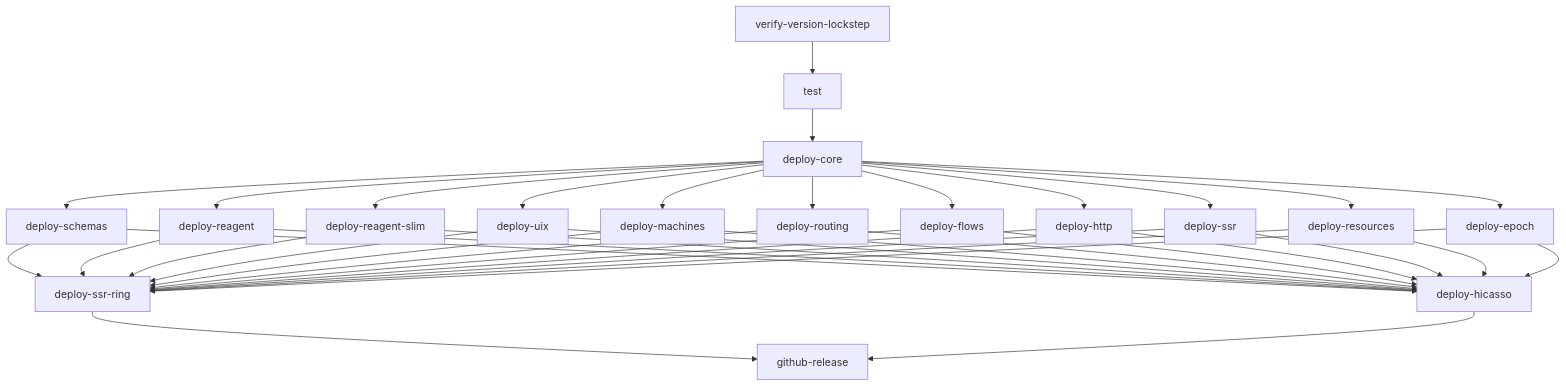
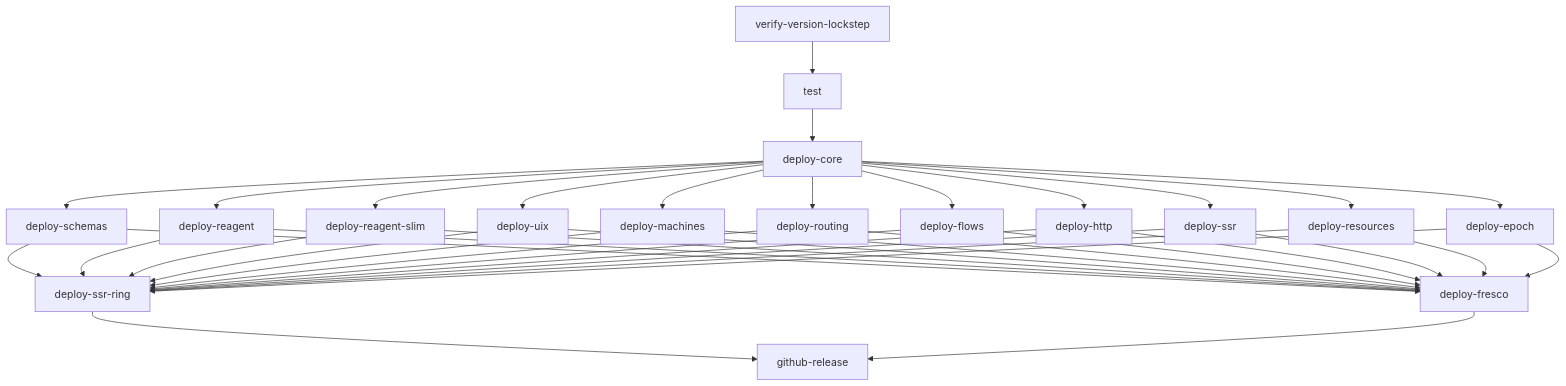
Before and after one commit to day8/re-frame2: the diagram in docs/release-process.md, drawn with Mermaid. The commit also changed other lines of this file and 1004 other files, not shown here.

````diff
--- a/docs/release-process.md
+++ b/docs/release-process.md
@@ -47,40 +47,40 @@
 ```mermaid
 graph TD
   V[verify-version-lockstep] --> T[test]
   T --> C[deploy-core]
   C --> S[deploy-schemas]
   C --> R[deploy-reagent]
   C --> RS[deploy-reagent-slim]
   C --> U[deploy-uix]
   C --> M[deploy-machines]
   C --> RT[deploy-routing]
   C --> F[deploy-flows]
   C --> H[deploy-http]
   C --> SS[deploy-ssr]
   C --> RES[deploy-resources]
   C --> E[deploy-epoch]
   S --> SR[deploy-ssr-ring]
   R --> SR
   RS --> SR
   U --> SR
   M --> SR
   RT --> SR
   F --> SR
   H --> SR
   SS --> SR
   RES --> SR
   E --> SR
-  S --> HI[deploy-hicasso]
+  S --> HI[deploy-fresco]
   R --> HI
   RS --> HI
   U --> HI
   M --> HI
   RT --> HI
   F --> HI
   H --> HI
   SS --> HI
   RES --> HI
   E --> HI
   SR --> GR[github-release]
   HI --> GR
 ```
````
